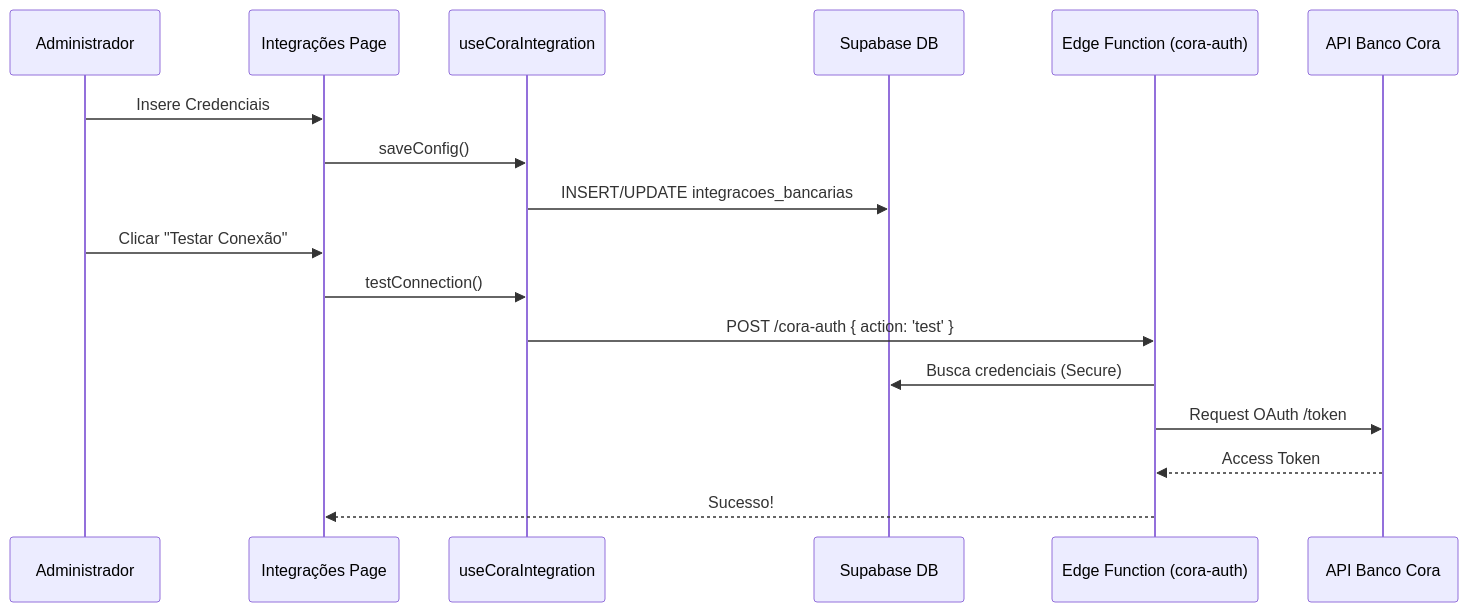
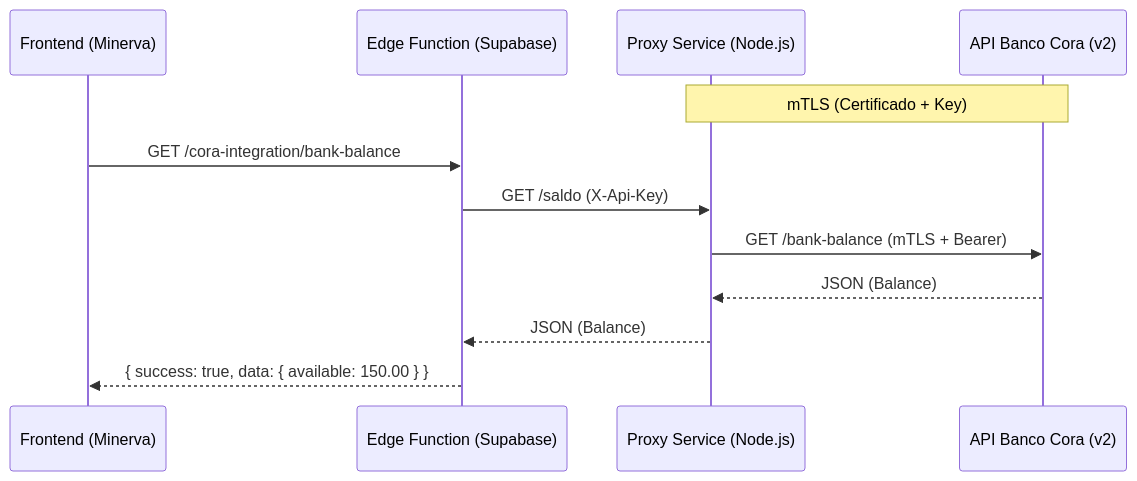
One commit to pCruvinel/Minervav2 changed the first of 3 diagrams in docs/finance/CORA_INTEGRATION.md. Above: the diagram before and after it, drawn with Mermaid. The commit also changed other lines of this file and 3050 other files, not shown here.

````diff
--- a/docs/finance/CORA_INTEGRATION.md
+++ b/docs/finance/CORA_INTEGRATION.md
@@ -58,21 +22,16 @@
 ```mermaid
 sequenceDiagram
-    participant User as Administrador
-    participant UI as Integrações Page
-    participant Hook as useCoraIntegration
-    participant DB as Supabase DB
-    participant Edge as Edge Function (cora-auth)
-    participant Cora as API Banco Cora
+    participant UI as Frontend (Minerva)
+    participant Edge as Edge Function (Supabase)
+    participant Proxy as Proxy Service (Node.js)
+    participant Cora as API Banco Cora (v2)
 
-    User->>UI: Insere Credenciais
-    UI->>Hook: saveConfig()
-    Hook->>DB: INSERT/UPDATE integracoes_bancarias
-    
-    User->>UI: Clicar "Testar Conexão"
-    UI->>Hook: testConnection()
-    Hook->>Edge: POST /cora-auth { action: 'test' }
-    Edge->>DB: Busca credenciais (Secure)
-    Edge->>Cora: Request OAuth /token
-    Cora-->>Edge: Access Token
-    Edge-->>UI: Sucesso!
+    Note over Proxy, Cora: mTLS (Certificado + Key)
+
+    UI->>Edge: GET /cora-integration/bank-balance
+    Edge->>Proxy: GET /saldo (X-Api-Key)
+    Proxy->>Cora: GET /bank-balance (mTLS + Bearer)
+    Cora-->>Proxy: JSON (Balance)
+    Proxy-->>Edge: JSON (Balance)
+    Edge-->>UI: { success: true, data: { available: 150.00 } }
 ```
````
